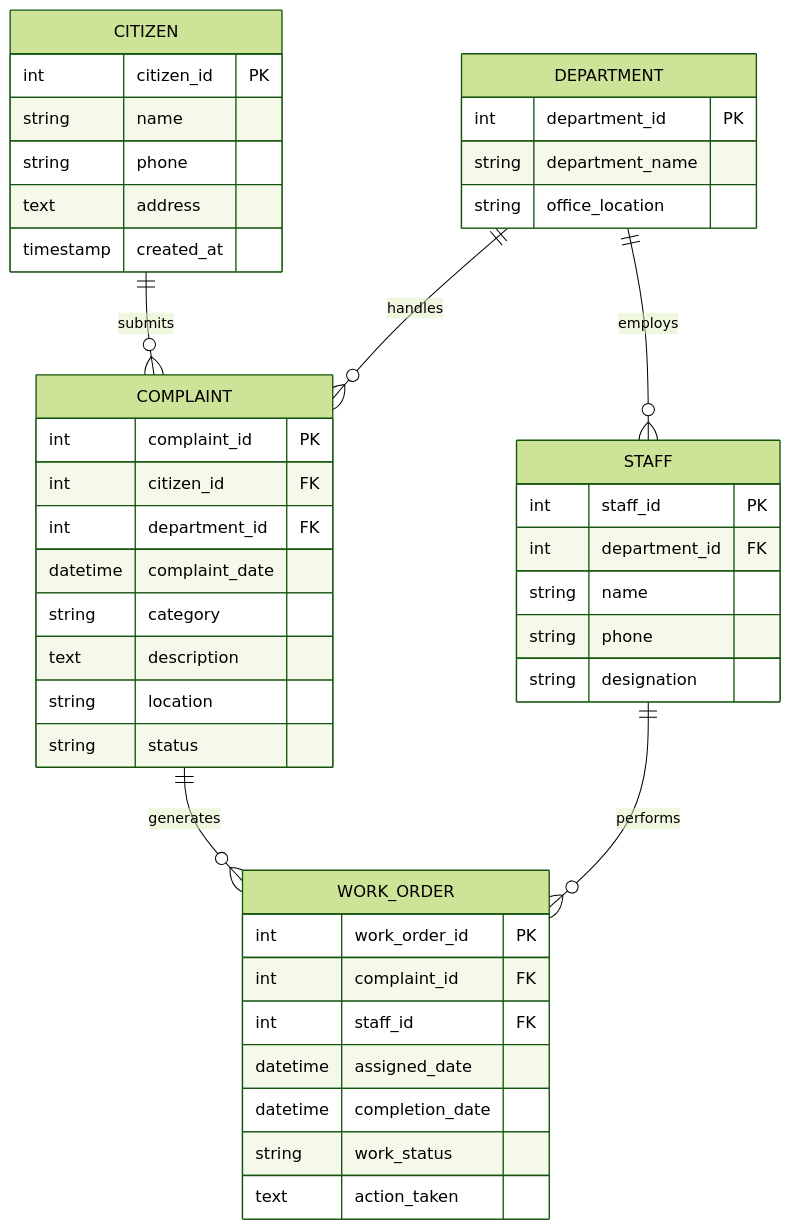
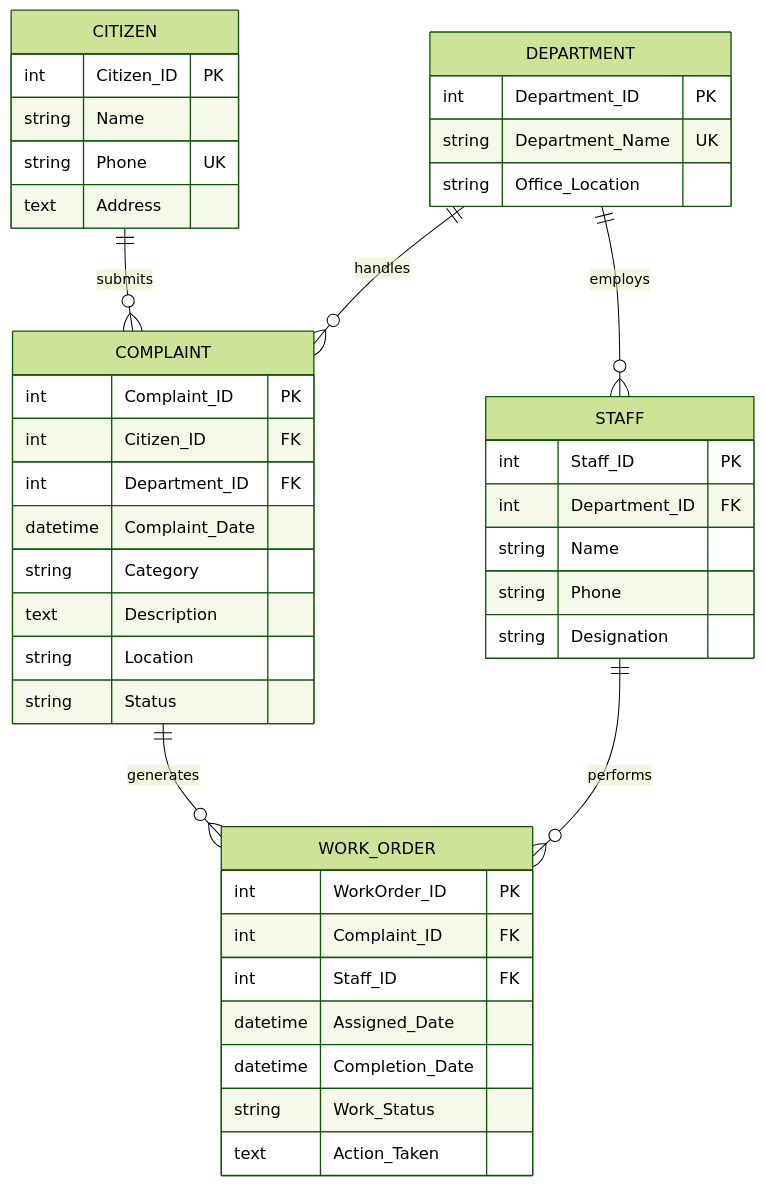
Before and after one commit to Arish026/municipal-complaint-system: the second of 2 diagrams in docs/SDS.md, drawn with Mermaid (forest theme). The commit also changed other lines of this file and 4 other files, not shown here.

Commit message:
docs: add concrete ERD, semantic nets, and DFD levels 0, 1, and 2 specifications

````diff
--- a/docs/SDS.md
+++ b/docs/SDS.md
@@ -29,51 +37,50 @@
 ```mermaid
 erDiagram
-    CITIZEN ||--o{ COMPLAINT : submits
-    DEPARTMENT ||--o{ STAFF : employs
-    DEPARTMENT ||--o{ COMPLAINT : handles
-    COMPLAINT ||--o{ WORK_ORDER : generates
-    STAFF ||--o{ WORK_ORDER : performs
+    CITIZEN ||--o{ COMPLAINT : "submits"
+    DEPARTMENT ||--o{ COMPLAINT : "handles"
+    DEPARTMENT ||--o{ STAFF : "employs"
+    STAFF ||--o{ WORK_ORDER : "performs"
+    COMPLAINT ||--o{ WORK_ORDER : "generates"
 
     CITIZEN {
-        int citizen_id PK
-        string name
-        string phone
-        text address
-        timestamp created_at
+        int Citizen_ID PK
+        string Name
+        string Phone UK
+        text Address
     }
 
     DEPARTMENT {
-        int department_id PK
-        string department_name
-        string office_location
+        int Department_ID PK
+        string Department_Name UK
+        string Office_Location
     }
 
     STAFF {
-        int staff_id PK
-        int department_id FK
-        string name
-        string phone
-        string designation
+        int Staff_ID PK
+        int Department_ID FK
+        string Name
+        string Phone
+        string Designation
     }
 
     COMPLAINT {
-        int complaint_id PK
-        int citizen_id FK
-        int department_id FK
-        datetime complaint_date
-        string category
-        text description
-        string location
-        string status
+        int Complaint_ID PK
+        int Citizen_ID FK
+        int Department_ID FK
+        datetime Complaint_Date
+        string Category
+        text Description
+        string Location
+        string Status
     }
 
     WORK_ORDER {
-        int work_order_id PK
-        int complaint_id FK
-        int staff_id FK
-        datetime assigned_date
-        datetime completion_date
-        string work_status
-        text action_taken
+        int WorkOrder_ID PK
+        int Complaint_ID FK
+        int Staff_ID FK
+        datetime Assigned_Date
+        datetime Completion_Date
+        string Work_Status
+        text Action_Taken
     }
 ```
````
